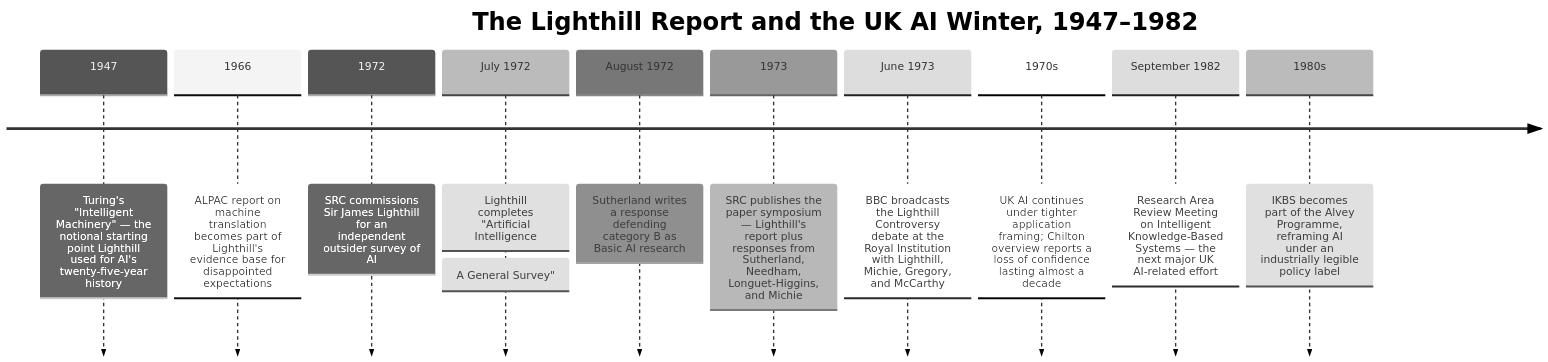
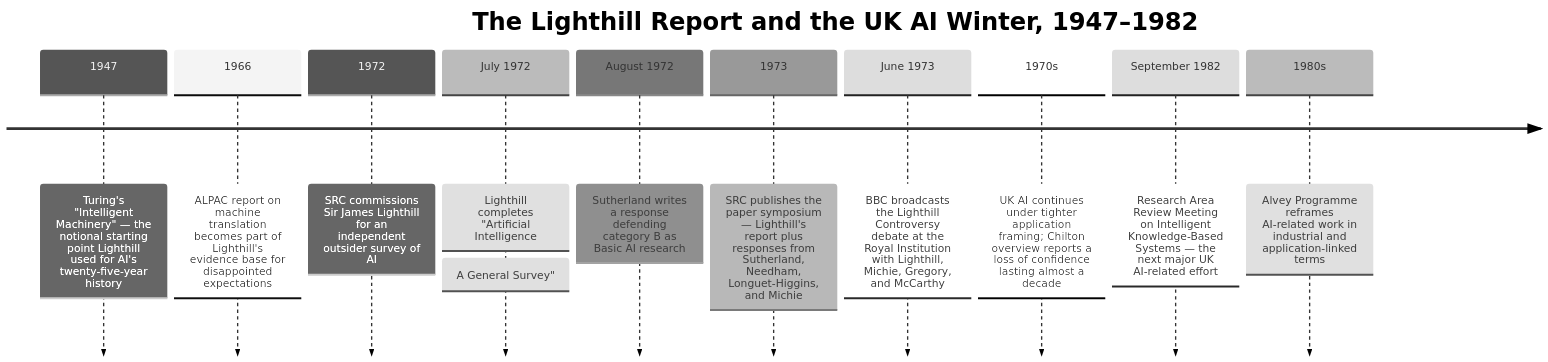
Before and after one commit to kube-dojo/kube-dojo: the diagram in src/content/docs/ai-history/ch-18-the-lighthill-devastation.md, drawn with Mermaid (neutral theme). The commit also changed other lines of this file and 2 other files, not shown here.

````diff
--- a/src/content/docs/ai-history/ch-18-the-lighthill-devastation.md
+++ b/src/content/docs/ai-history/ch-18-the-lighthill-devastation.md
@@ -30,14 +30,14 @@
 ```mermaid
 timeline
     title The Lighthill Report and the UK AI Winter, 1947–1982
     1947 : Turing's "Intelligent Machinery" — the notional starting point Lighthill used for AI's twenty-five-year history
     1966 : ALPAC report on machine translation becomes part of Lighthill's evidence base for disappointed expectations
     1972 : SRC commissions Sir James Lighthill for an independent outsider survey of AI
     July 1972 : Lighthill completes "Artificial Intelligence: A General Survey"
     August 1972 : Sutherland writes a response defending category B as Basic AI research
     1973 : SRC publishes the paper symposium — Lighthill's report plus responses from Sutherland, Needham, Longuet-Higgins, and Michie
     June 1973 : BBC broadcasts the Lighthill Controversy debate at the Royal Institution with Lighthill, Michie, Gregory, and McCarthy
     1970s : UK AI continues under tighter application framing; Chilton overview reports a loss of confidence lasting almost a decade
     September 1982 : Research Area Review Meeting on Intelligent Knowledge-Based Systems — the next major UK AI-related effort
-    1980s : IKBS becomes part of the Alvey Programme, reframing AI under an industrially legible policy label
+    1980s : Alvey Programme reframes AI-related work in industrial and application-linked terms
 ```
````
